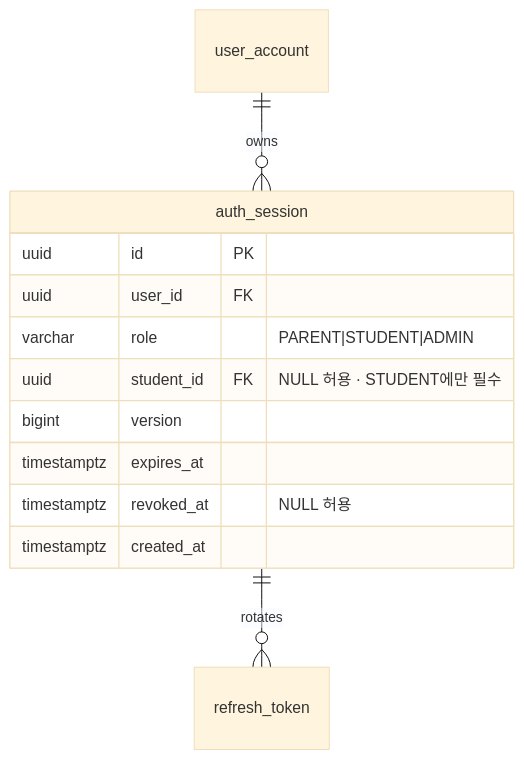
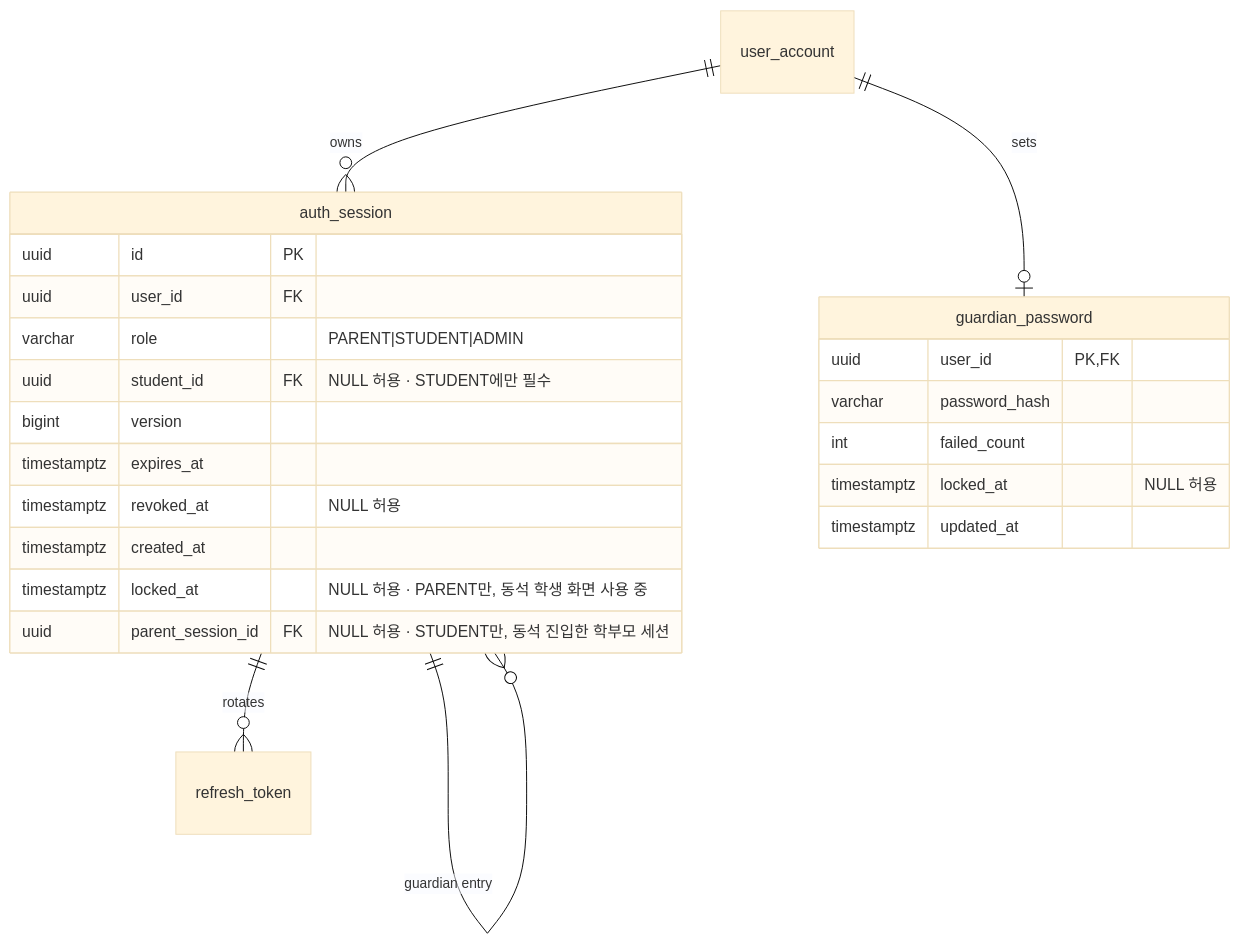
The second of 11 diagrams in docs/design/erd.md (SKNETWORKS-FAMILY-AICAMP/SKN34-FINAL-3TEAM), drawn with Mermaid (base theme) before and after one commit. The commit also changed other lines of this file and 50 other files, not shown here.

````diff
--- a/docs/design/erd.md
+++ b/docs/design/erd.md
@@ -197,15 +197,26 @@
 ```mermaid
 erDiagram
   user_account ||--o{ auth_session : owns
+  user_account ||--o| guardian_password : sets
   auth_session ||--o{ refresh_token : rotates
+  auth_session ||--o{ auth_session : "guardian entry"
   auth_session {
     uuid id PK
     uuid user_id FK
     varchar role "PARENT|STUDENT|ADMIN"
     uuid student_id FK "NULL 허용 · STUDENT에만 필수"
     bigint version
     timestamptz expires_at
     timestamptz revoked_at "NULL 허용"
     timestamptz created_at
+    timestamptz locked_at "NULL 허용 · PARENT만, 동석 학생 화면 사용 중"
+    uuid parent_session_id FK "NULL 허용 · STUDENT만, 동석 진입한 학부모 세션"
+  }
+  guardian_password {
+    uuid user_id PK,FK
+    varchar password_hash
+    int failed_count
+    timestamptz locked_at "NULL 허용"
+    timestamptz updated_at
   }
 ```
````
